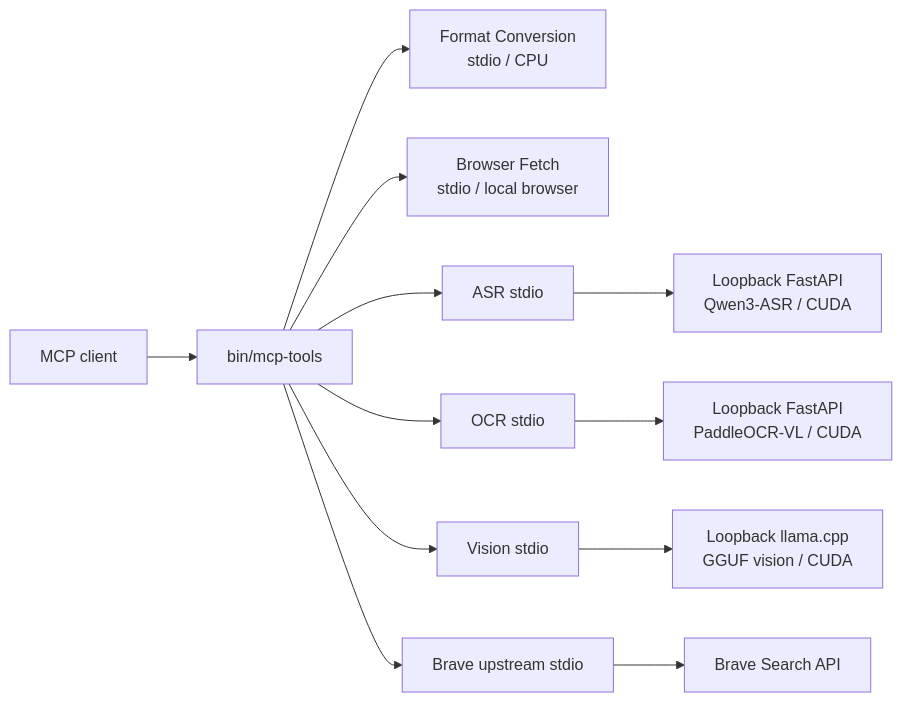
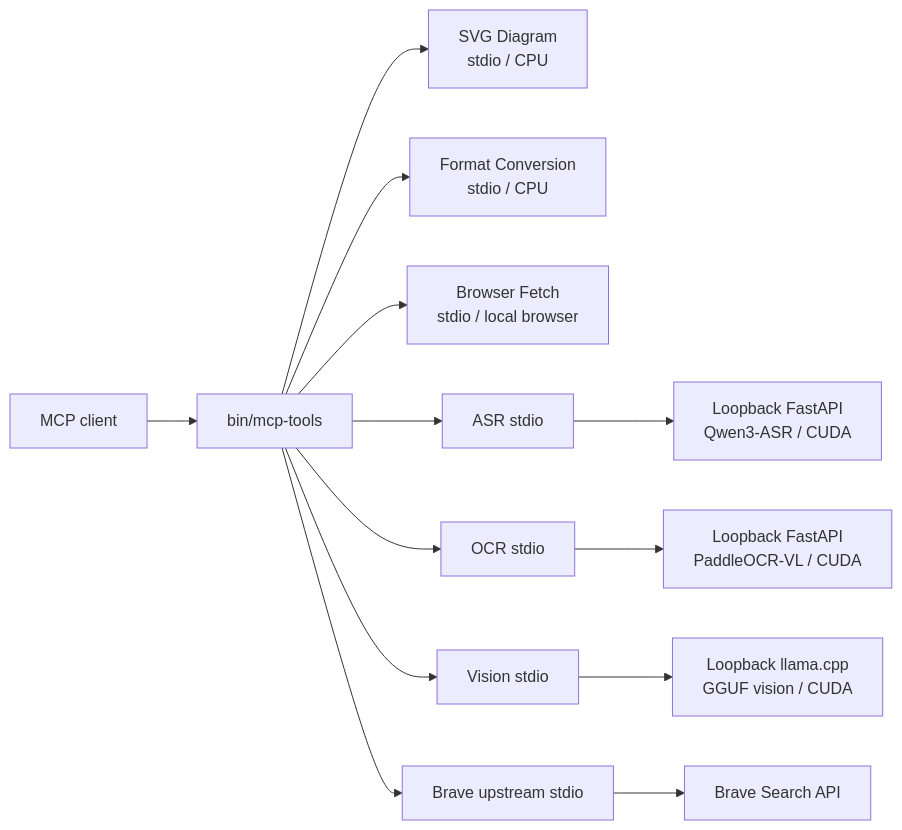
The diagram in README.md (lanxiukai/mcp-tools), drawn with Mermaid before and after one commit. The commit also changed other lines of this file and 32 other files, not shown here.

Commit message:
feat(svg-diagram): add editable model diagram MCP service

````diff
--- a/README.md
+++ b/README.md
@@ -234,14 +244,15 @@
 ```mermaid
 flowchart LR
     Client[MCP client] --> Launcher[bin/mcp-tools]
+    Launcher --> Diagram["SVG Diagram<br/>stdio / CPU"]
     Launcher --> Format["Format Conversion<br/>stdio / CPU"]
     Launcher --> Browser["Browser Fetch<br/>stdio / local browser"]
     Launcher --> ASR[ASR stdio]
     Launcher --> OCR[OCR stdio]
     Launcher --> Vision[Vision stdio]
     Launcher --> Brave[Brave upstream stdio]
     ASR --> ASRAPI["Loopback FastAPI<br/>Qwen3-ASR / CUDA"]
     OCR --> OCRAPI["Loopback FastAPI<br/>PaddleOCR-VL / CUDA"]
     Vision --> Llama["Loopback llama.cpp<br/>GGUF vision / CUDA"]
     Brave --> BraveAPI[Brave Search API]
 ```
````
